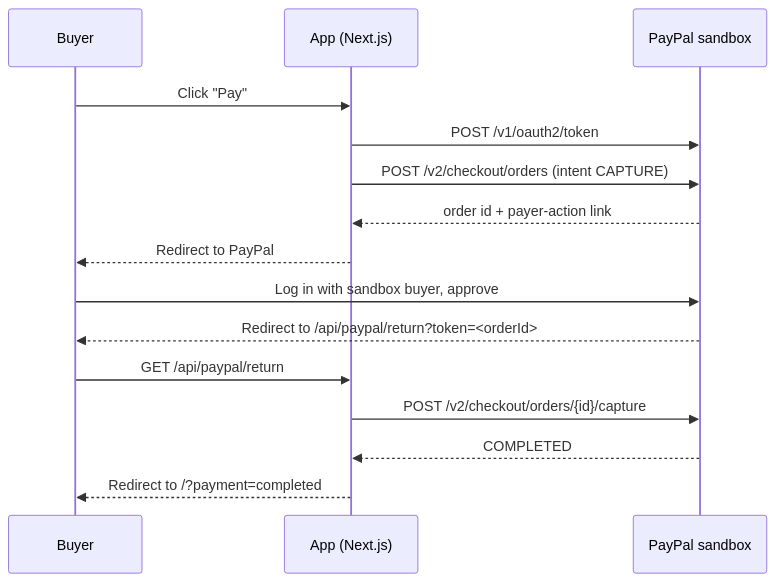
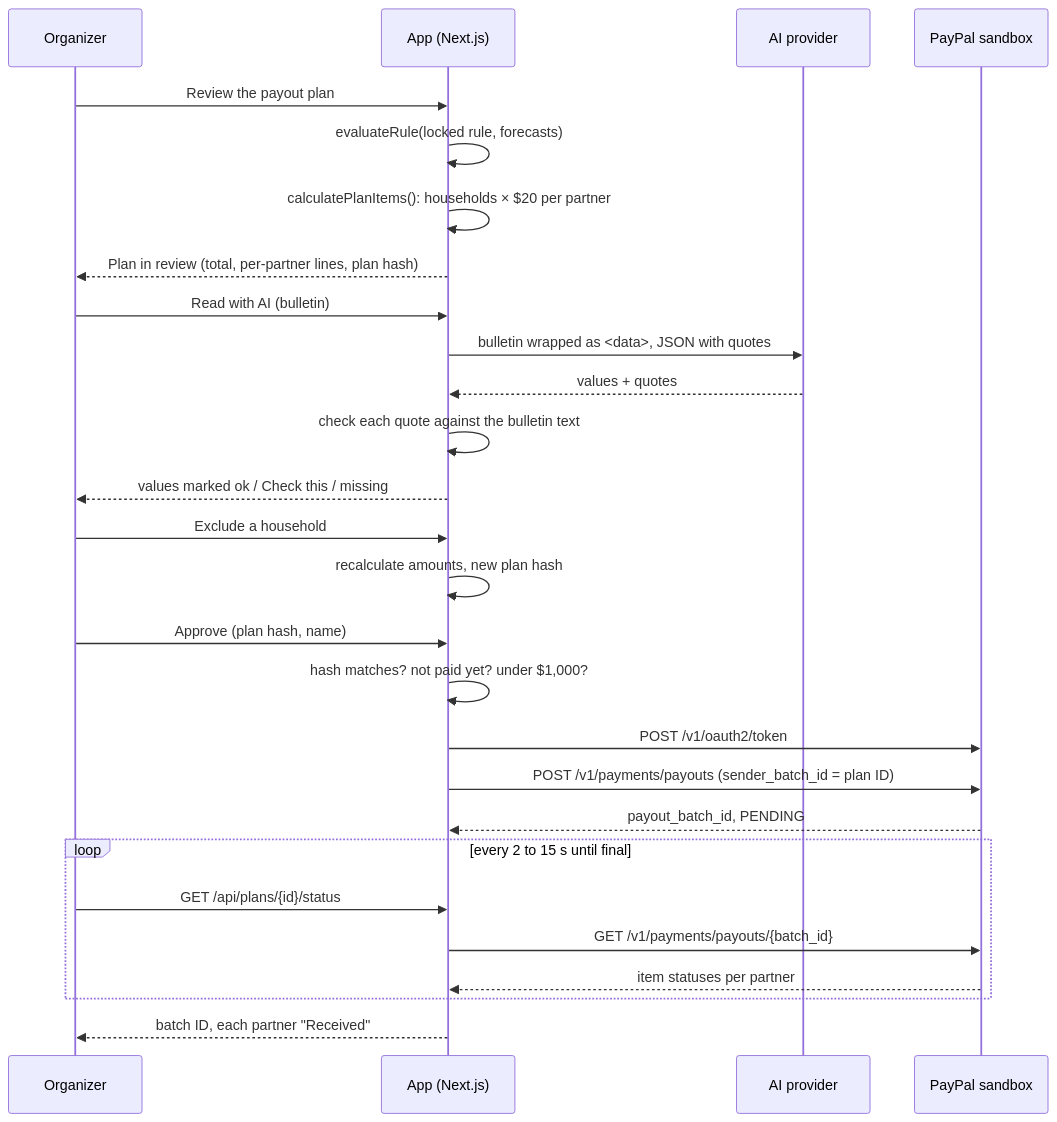
The second of 3 diagrams in docs/architecture.md (DucPhamNgoc08/paypal-ai-hackathon), drawn with Mermaid before and after one commit. The commit also changed other lines of this file and 2 other files, not shown here.

First line of the commit message:
docs: write submission readme, architecture and devpost kit (#37)

````diff
--- a/docs/architecture.md
+++ b/docs/architecture.md
@@ -20,18 +57,30 @@
 ```mermaid
 sequenceDiagram
-  participant U as Buyer
+  participant O as Organizer
   participant A as App (Next.js)
+  participant AI as AI provider
   participant P as PayPal sandbox
 
-  U->>A: Click "Pay"
+  O->>A: Review the payout plan
+  A->>A: evaluateRule(locked rule, forecasts)
+  A->>A: calculatePlanItems(): households × $20 per partner
+  A-->>O: Plan in review (total, per-partner lines, plan hash)
+  O->>A: Read with AI (bulletin)
+  A->>AI: bulletin wrapped as <data>, JSON with quotes
+  AI-->>A: values + quotes
+  A->>A: check each quote against the bulletin text
+  A-->>O: values marked ok / Check this / missing
+  O->>A: Exclude a household
+  A->>A: recalculate amounts, new plan hash
+  O->>A: Approve (plan hash, name)
+  A->>A: hash matches? not paid yet? under $1,000?
   A->>P: POST /v1/oauth2/token
-  A->>P: POST /v2/checkout/orders (intent CAPTURE)
-  P-->>A: order id + payer-action link
-  A-->>U: Redirect to PayPal
-  U->>P: Log in with sandbox buyer, approve
-  P-->>U: Redirect to /api/paypal/return?token=<orderId>
-  U->>A: GET /api/paypal/return
-  A->>P: POST /v2/checkout/orders/{id}/capture
-  P-->>A: COMPLETED
-  A-->>U: Redirect to /?payment=completed
+  A->>P: POST /v1/payments/payouts (sender_batch_id = plan ID)
+  P-->>A: payout_batch_id, PENDING
+  loop every 2 to 15 s until final
+    O->>A: GET /api/plans/{id}/status
+    A->>P: GET /v1/payments/payouts/{batch_id}
+    P-->>A: item statuses per partner
+  end
+  A-->>O: batch ID, each partner "Received"
 ```
````
